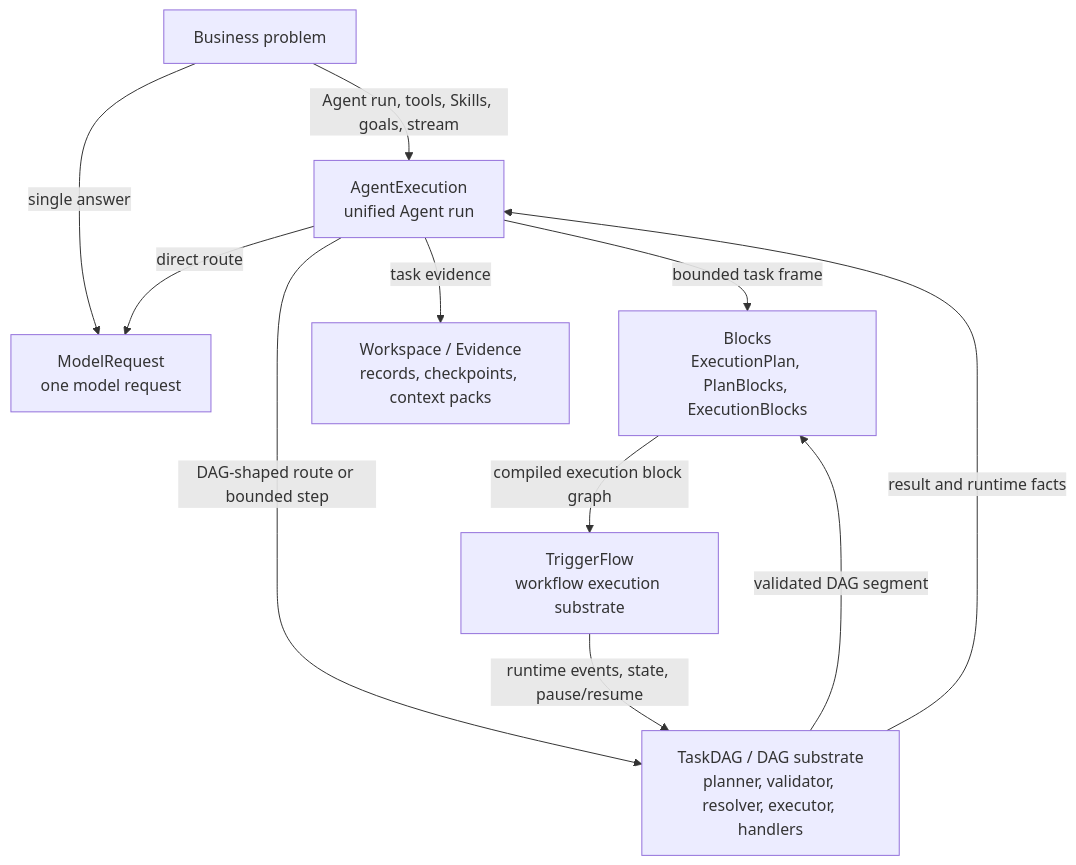
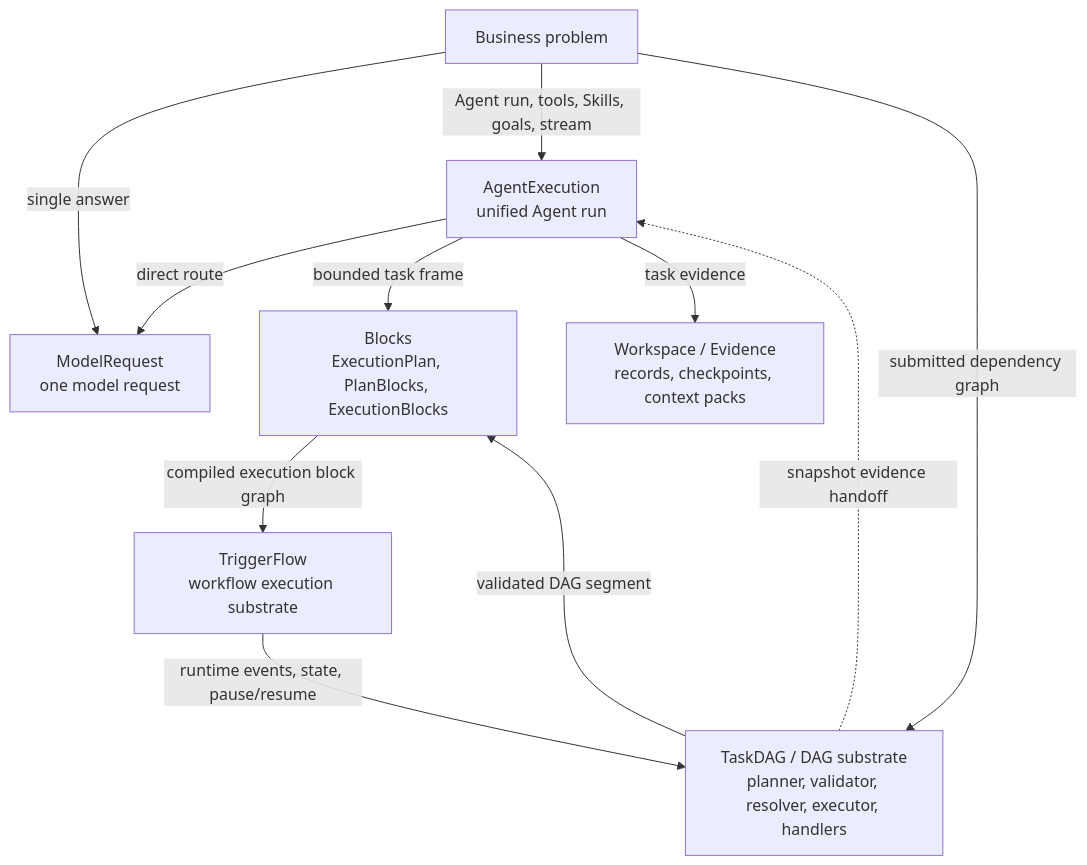
The first of 2 diagrams in docs/en/reference/execution-layer-selection.md (reconsumeralization/Agently), drawn with Mermaid before and after one commit. The commit also changed other lines of this file and 1 other file, not shown here.

Commit message:
docs: clarify TaskDAG evidence boundary

````diff
--- a/docs/en/reference/execution-layer-selection.md
+++ b/docs/en/reference/execution-layer-selection.md
@@ -18,21 +18,21 @@
 ```mermaid
 flowchart TD
     business["Business problem"]
     model_request["ModelRequest\none model request"]
     agent_execution["AgentExecution\nunified Agent run"]
     task_dag["TaskDAG / DAG substrate\nplanner, validator, resolver, executor, handlers"]
     blocks["Blocks\nExecutionPlan, PlanBlocks, ExecutionBlocks"]
     triggerflow["TriggerFlow\nworkflow execution substrate"]
     workspace["Workspace / Evidence\nrecords, checkpoints, context packs"]
 
     business -->|"single answer"| model_request
     business -->|"Agent run, tools, Skills, goals, stream"| agent_execution
+    business -->|"submitted dependency graph"| task_dag
     agent_execution -->|"direct route"| model_request
     agent_execution -->|"bounded task frame"| blocks
-    agent_execution -->|"DAG-shaped route or bounded step"| task_dag
     task_dag -->|"validated DAG segment"| blocks
     blocks -->|"compiled execution block graph"| triggerflow
     agent_execution -->|"task evidence"| workspace
-    task_dag -->|"result and runtime facts"| agent_execution
+    task_dag -.->|"snapshot evidence handoff"| agent_execution
     triggerflow -->|"runtime events, state, pause/resume"| task_dag
 ```
````
